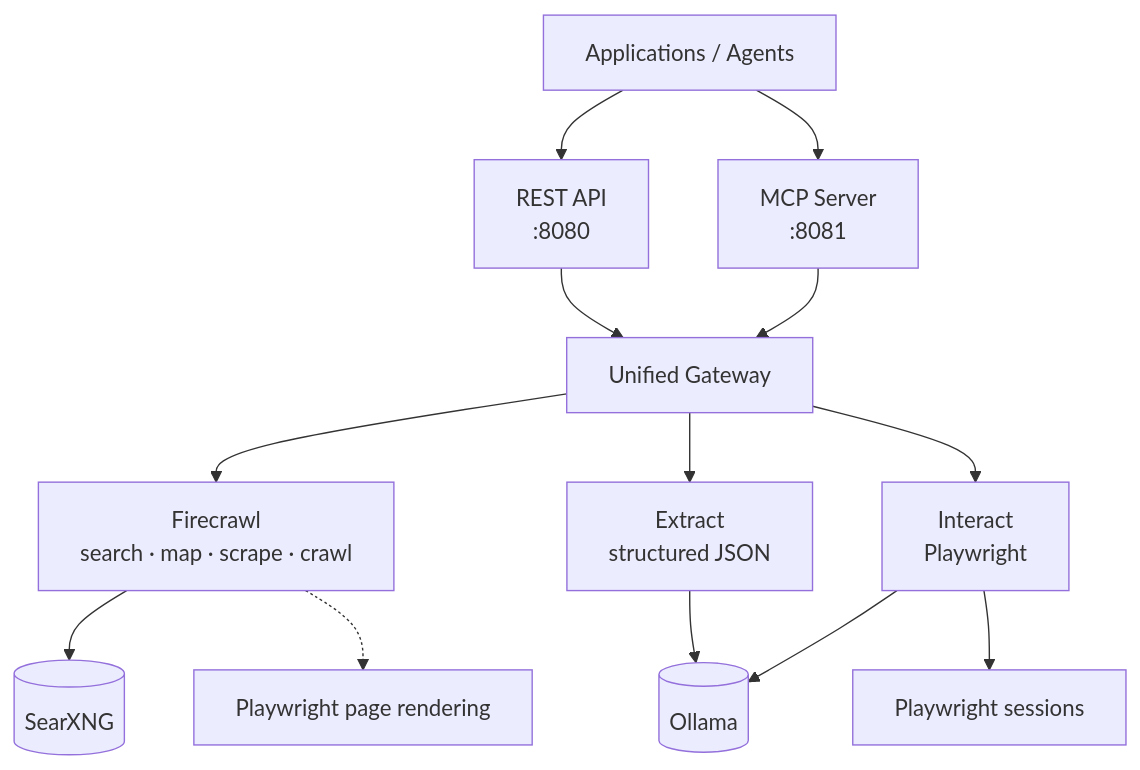
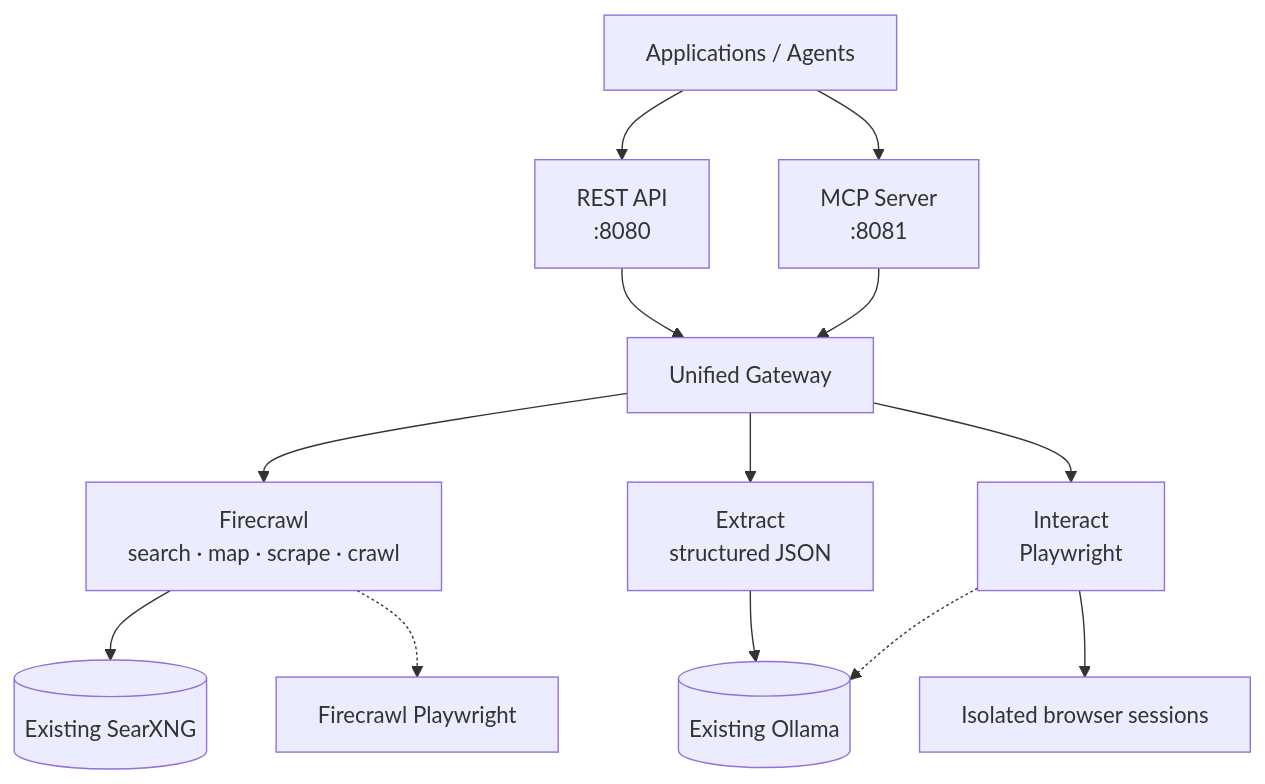
Before and after one commit to drintoul/web-research: the first of 3 diagrams in README.md, drawn with Mermaid. The commit also changed other lines of this file, not shown here.

````diff
--- a/README.md
+++ b/README.md
@@ -32,27 +109,28 @@
-```mermaid
+``` mermaid
 %%{init: {'theme': 'default', 'flowchart': {'useMaxWidth': true, 'htmlLabels': true}}}%%
 flowchart TD
     A[Applications / Agents]
     B[REST API<br/>:8080]
     C[MCP Server<br/>:8081]
     D[Unified Gateway]
     E[Firecrawl<br/>search · map · scrape · crawl]
     F[Extract<br/>structured JSON]
     G[Interact<br/>Playwright]
-    H[(SearXNG)]
-    I[(Ollama)]
-    J[Playwright page rendering]
-    K[Playwright sessions]
+    H[(Existing SearXNG)]
+    I[(Existing Ollama)]
+    J[Firecrawl Playwright]
+    K[Isolated browser sessions]
+
     A --> B
     A --> C
     B --> D
     C --> D
     D --> E
     D --> F
     D --> G
     E --> H
     E -.-> J
     F --> I
-    G --> I
+    G -.-> I
     G --> K
 ```
````
